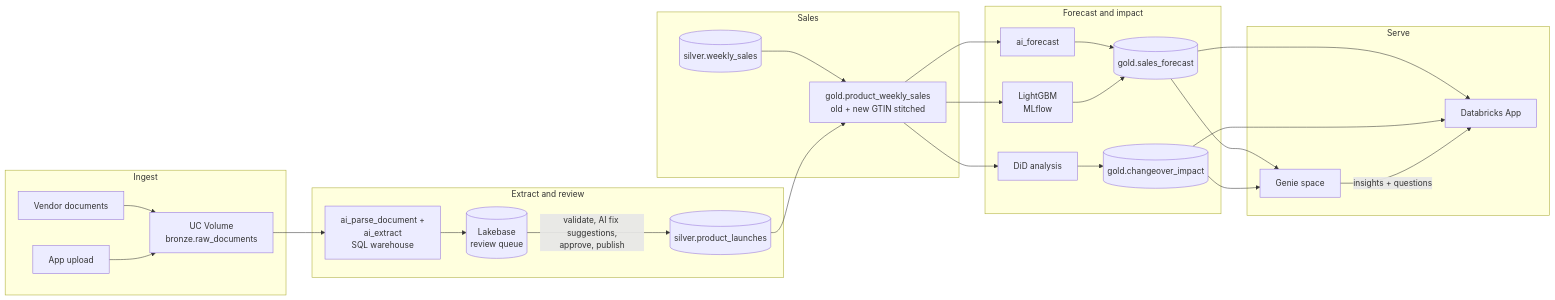
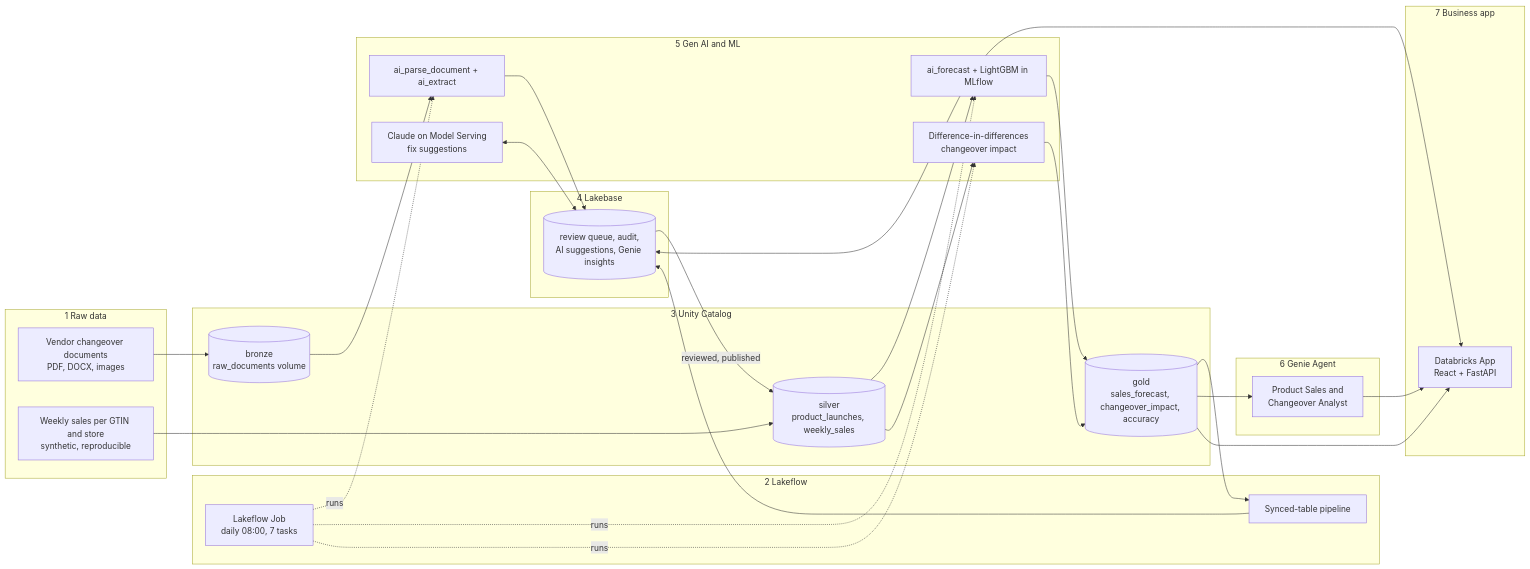
The diagram in README.md (patriciaferreiro/retail-sales-forecasting), drawn with Mermaid before and after one commit. The commit also changed other lines of this file, not shown here.

Commit message:
docs(readme): data flow, decisions and trade-offs, estimated business value
- Data flow: raw data -> Lakeflow -> Unity Catalog -> Lakebase -> Gen AI / ML ->
  Genie Agent -> business app, as a diagram and a stage table with components and paths
- Decisions and trade-offs: 11 choices with the alternative, why, and what we accept
- Business value (estimated): ~EUR 690K/year base case from four levers with explicit
  formulas and assumptions, sensitivity range and what isn't counted
- Usage updated for the sidebar layout

````diff
--- a/README.md
+++ b/README.md
@@ -9,34 +13,41 @@
 ```mermaid
 flowchart LR
-    subgraph Ingest
-        A[Vendor documents] --> B[UC Volume<br/>bronze.raw_documents]
-        U[App upload] --> B
+    subgraph RAW [1 Raw data]
+        D[Vendor changeover documents<br/>PDF, DOCX, images]
+        SS[Weekly sales per GTIN and store<br/>synthetic, reproducible]
     end
-
-    subgraph Extract_and_review [Extract and review]
-        B --> C[ai_parse_document +<br/>ai_extract<br/>SQL warehouse]
-        C --> R[(Lakebase<br/>review queue)]
-        R -->|validate, AI fix suggestions,<br/>approve, publish| S[(silver.product_launches)]
+    subgraph LF [2 Lakeflow]
+        J[Lakeflow Job<br/>daily 08:00, 7 tasks]
+        SP[Synced-table pipeline]
     end
-
-    subgraph Sales
-        W[(silver.weekly_sales)] --> PW[gold.product_weekly_sales<br/>old + new GTIN stitched]
-        S --> PW
+    subgraph UC [3 Unity Catalog]
+        BR[(bronze<br/>raw_documents volume)]
+        SI[(silver<br/>product_launches, weekly_sales)]
+        GO[(gold<br/>sales_forecast, changeover_impact, accuracy)]
     end
-
-    subgraph Forecast_and_impact [Forecast and impact]
-        PW --> F1[ai_forecast]
-        PW --> F2[LightGBM<br/>MLflow]
-        F1 --> SF[(gold.sales_forecast)]
-        F2 --> SF
-        PW --> CI[DiD analysis] --> CO[(gold.changeover_impact)]
+    subgraph LB [4 Lakebase]
+        Q[(review queue, audit,<br/>AI suggestions, Genie insights)]
     end
-
-    subgraph Serve
-        SF --> APP[Databricks App]
-        CO --> APP
-        SF --> G[Genie space]
-        CO --> G
-        G -->|insights + questions| APP
+    subgraph AI [5 Gen AI and ML]
+        X[ai_parse_document + ai_extract]
+        L[Claude on Model Serving<br/>fix suggestions]
+        F[ai_forecast + LightGBM in MLflow]
+        C[Difference-in-differences<br/>changeover impact]
     end
+    subgraph GN [6 Genie Agent]
+        G[Product Sales and<br/>Changeover Analyst]
+    end
+    subgraph APP [7 Business app]
+        A[Databricks App<br/>React + FastAPI]
+    end
+    D --> BR --> X --> Q
+    Q -->|reviewed, published| SI
+    SS --> SI --> F --> GO
+    SI --> C --> GO
+    J -. runs .-> X & F & C
+    GO --> SP --> Q
+    L <--> Q
+    GO --> G --> A
+    Q <--> A
+    GO --> A
 ```
````
